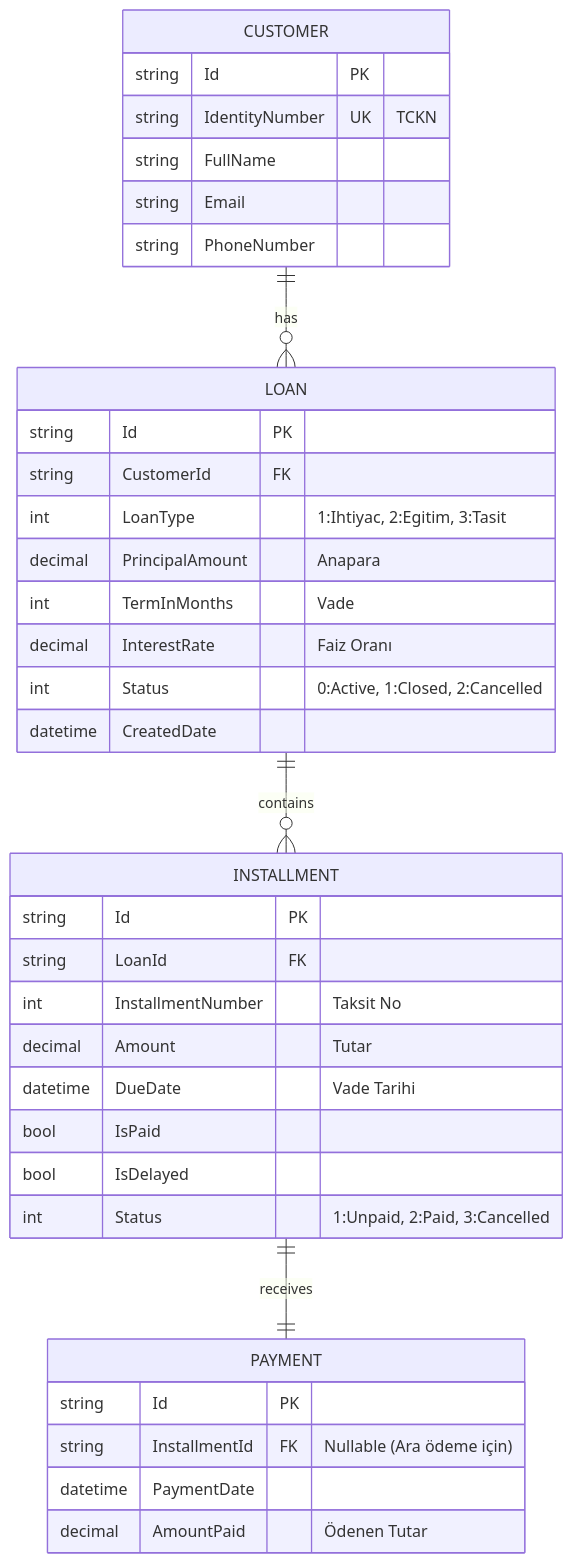
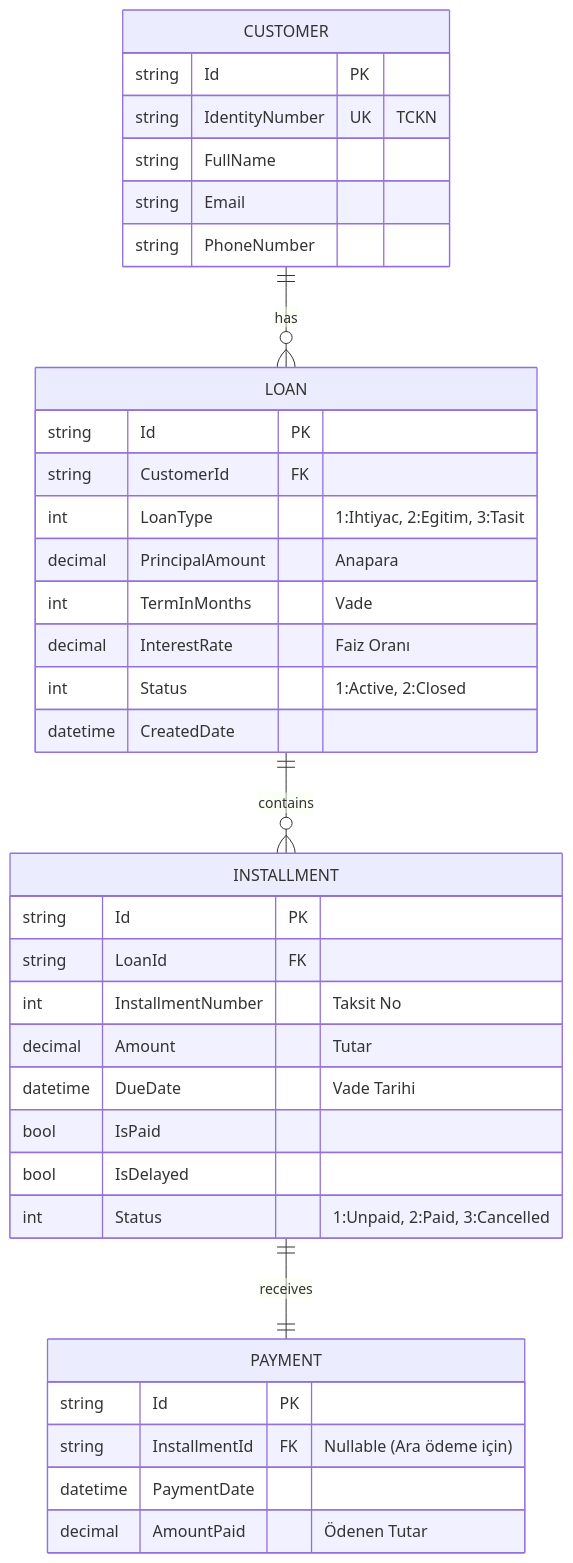
One commit to AbdulsametEkinci/DigitalLoanSystem changed the diagram in README.md. Above: the diagram before and after it, drawn with Mermaid. The commit also changed other lines of this file, not shown here.

Commit message:
readme update

````diff
--- a/README.md
+++ b/README.md
@@ -121,43 +121,43 @@
 ```mermaid
 erDiagram
     CUSTOMER ||--o{ LOAN : has
     LOAN ||--o{ INSTALLMENT : contains
     INSTALLMENT ||--|| PAYMENT : receives
     
     CUSTOMER {
         string Id PK
         string IdentityNumber UK "TCKN"
         string FullName
         string Email
         string PhoneNumber
     }
     
     LOAN {
         string Id PK
         string CustomerId FK
         int LoanType "1:Ihtiyac, 2:Egitim, 3:Tasit"
         decimal PrincipalAmount "Anapara"
         int TermInMonths "Vade"
         decimal InterestRate "Faiz Oranı"
-        int Status "0:Active, 1:Closed, 2:Cancelled"
+        int Status "1:Active, 2:Closed"
         datetime CreatedDate
     }
     
     INSTALLMENT {
         string Id PK
         string LoanId FK
         int InstallmentNumber "Taksit No"
         decimal Amount "Tutar"
         datetime DueDate "Vade Tarihi"
         bool IsPaid
         bool IsDelayed
         int Status "1:Unpaid, 2:Paid, 3:Cancelled"
     }
     
     PAYMENT {
         string Id PK
         string InstallmentId FK "Nullable (Ara ödeme için)"
         datetime PaymentDate
         decimal AmountPaid "Ödenen Tutar"
     }
 ```
````
